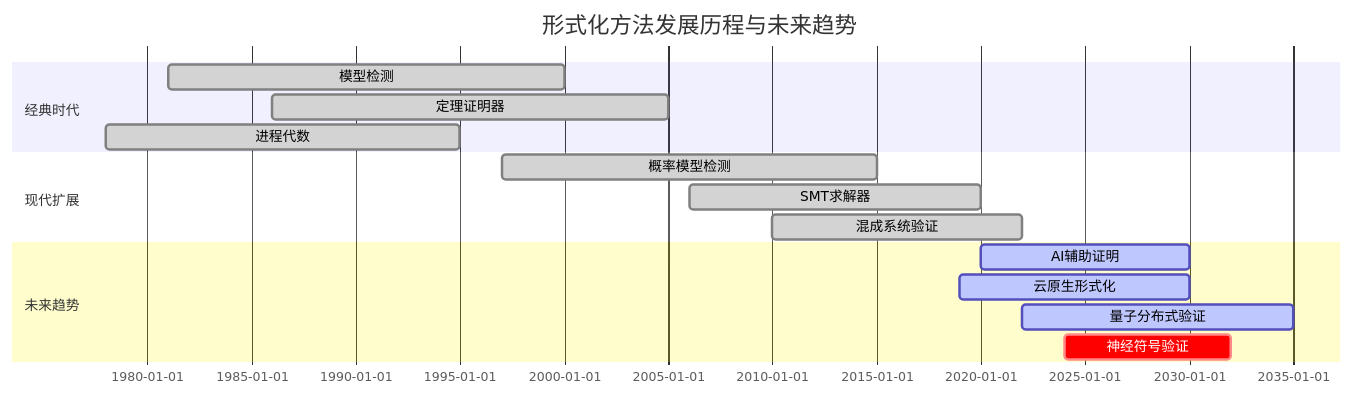
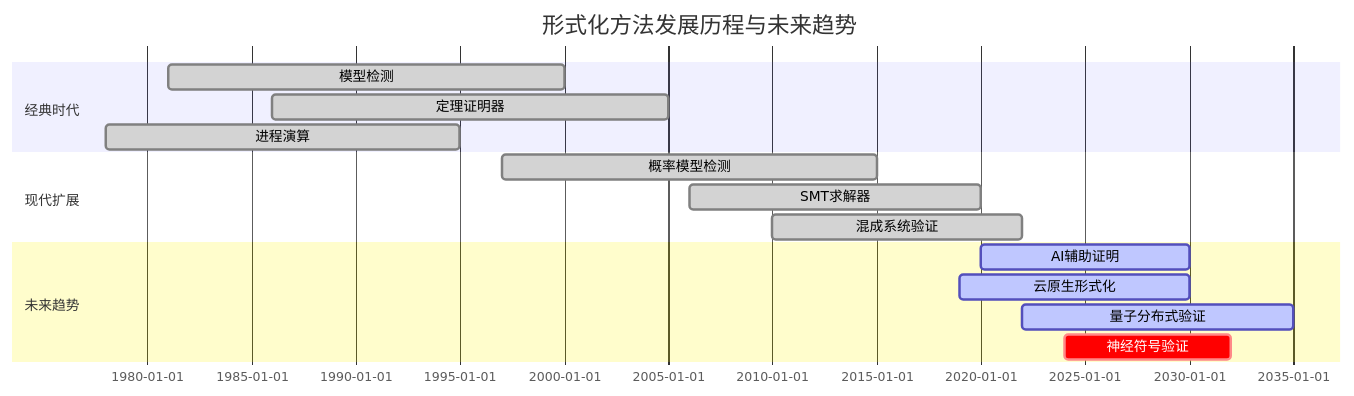
The second of 5 diagrams in formal-methods/07-future/02-future-trends.md (AdaMartin18010/AnalysisDataFlow), drawn with Mermaid before and after one commit. The commit also changed other lines of this file and 129 other files, not shown here.

````diff
--- a/formal-methods/07-future/02-future-trends.md
+++ b/formal-methods/07-future/02-future-trends.md
@@ -308,20 +308,20 @@
 ```mermaid
 gantt
     title 形式化方法发展历程与未来趋势
     dateFormat YYYY
     section 经典时代
     模型检测           :done, 1981, 2000
     定理证明器         :done, 1986, 2005
-    进程代数           :done, 1978, 1995
+    进程演算           :done, 1978, 1995
 
     section 现代扩展
     概率模型检测       :done, 1997, 2015
     SMT求解器          :done, 2006, 2020
     混成系统验证       :done, 2010, 2022
 
     section 未来趋势
     AI辅助证明         :active, 2020, 2030
     云原生形式化        :active, 2019, 2030
     量子分布式验证      :active, 2022, 2035
     神经符号验证        :crit, 2024, 2032
 ```
````
